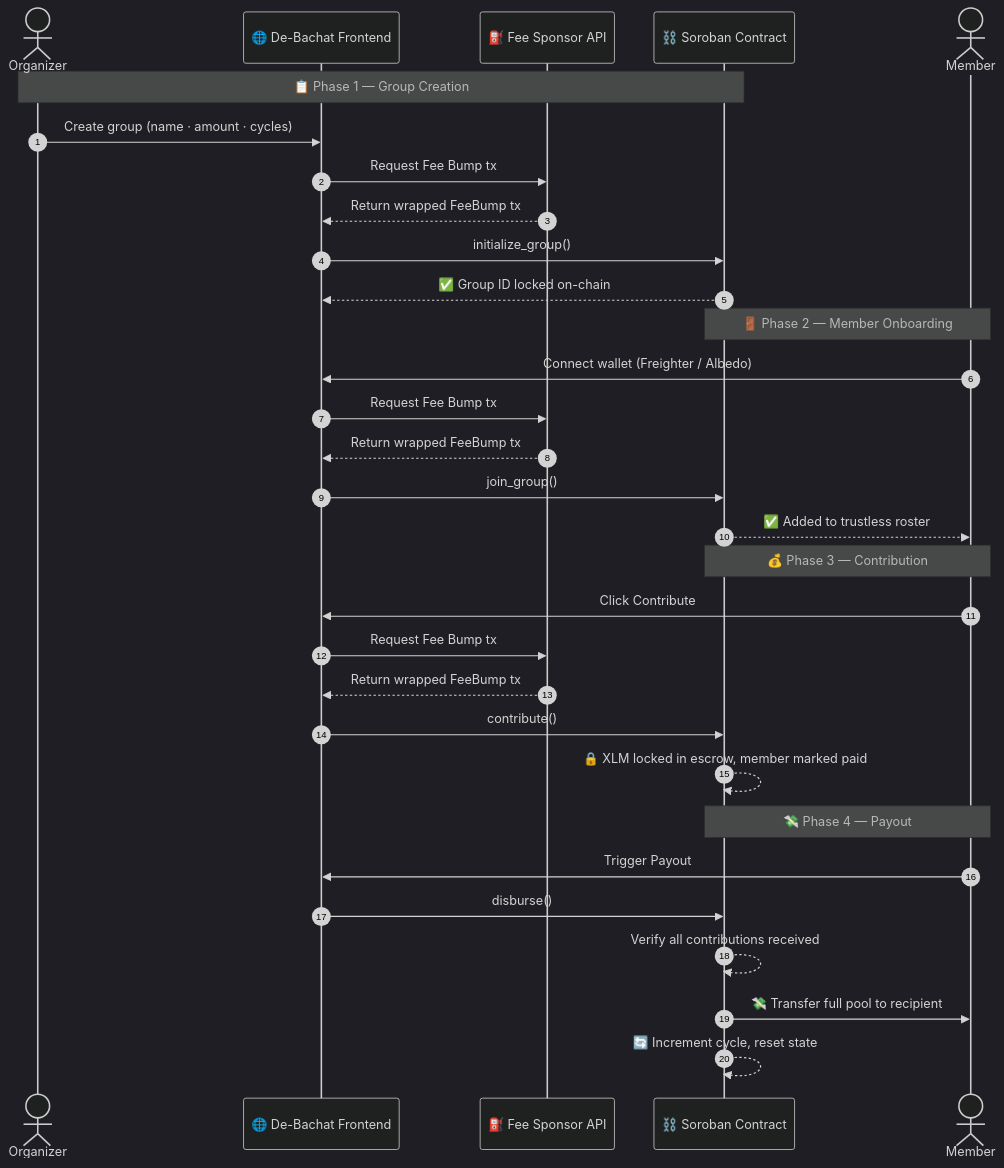
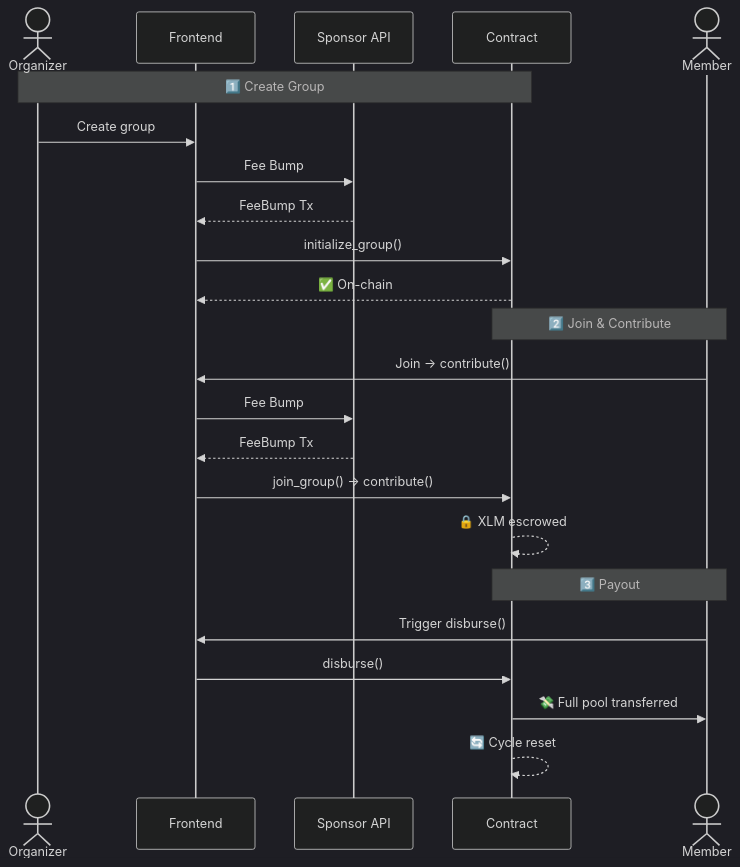
Before and after one commit to MrunalGhorpade13/De-Bachat-Stellar: the second of 2 diagrams in README.md, drawn with Mermaid (dark theme). The commit also changed other lines of this file, not shown here.

Commit message:
docs: compact architecture and lifecycle diagrams — fewer nodes, shorter labels, same color style

````diff
--- a/README.md
+++ b/README.md
@@ -139,37 +124,28 @@
 ```mermaid
 sequenceDiagram
-    autonumber
-    actor Organizer
-    participant F as 🌐 De-Bachat Frontend
-    participant S as ⛽ Fee Sponsor API
-    participant C as ⛓️ Soroban Contract
-    actor Member
+    actor O as Organizer
+    participant F as Frontend
+    participant S as Sponsor API
+    participant C as Contract
+    actor M as Member
 
-    Note over Organizer,C: 📋 Phase 1 — Group Creation
-    Organizer->>F: Create group (name · amount · cycles)
-    F->>S: Request Fee Bump tx
-    S-->>F: Return wrapped FeeBump tx
+    Note over O,C: 1️⃣ Create Group
+    O->>F: Create group
+    F->>S: Fee Bump
+    S-->>F: FeeBump Tx
     F->>C: initialize_group()
-    C-->>F: ✅ Group ID locked on-chain
+    C-->>F: ✅ On-chain
 
-    Note over Member,C: 🚪 Phase 2 — Member Onboarding
-    Member->>F: Connect wallet (Freighter / Albedo)
-    F->>S: Request Fee Bump tx
-    S-->>F: Return wrapped FeeBump tx
-    F->>C: join_group()
-    C-->>Member: ✅ Added to trustless roster
+    Note over M,C: 2️⃣ Join & Contribute
+    M->>F: Join → contribute()
+    F->>S: Fee Bump
+    S-->>F: FeeBump Tx
+    F->>C: join_group() → contribute()
+    C-->>C: 🔒 XLM escrowed
 
-    Note over Member,C: 💰 Phase 3 — Contribution
-    Member->>F: Click Contribute
-    F->>S: Request Fee Bump tx
-    S-->>F: Return wrapped FeeBump tx
-    F->>C: contribute()
-    C-->>C: 🔒 XLM locked in escrow, member marked paid
-
-    Note over Member,C: 💸 Phase 4 — Payout
-    Member->>F: Trigger Payout
+    Note over M,C: 3️⃣ Payout
+    M->>F: Trigger disburse()
     F->>C: disburse()
-    C-->>C: Verify all contributions received
-    C->>Member: 💸 Transfer full pool to recipient
-    C-->>C: 🔄 Increment cycle, reset state
+    C->>M: 💸 Full pool transferred
+    C-->>C: 🔄 Cycle reset
 ```
````
